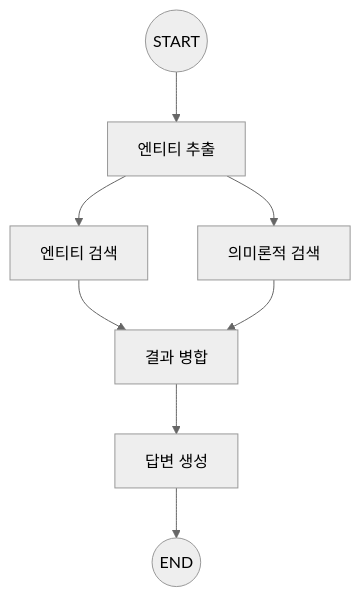
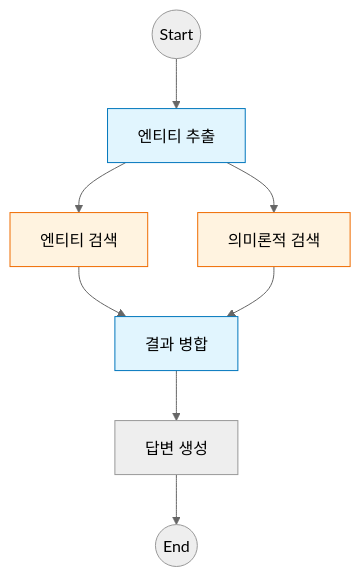
Before and after one commit to Ranponim/rag_agent: the diagram in docs/03_entity_rag.md, drawn with Mermaid (neutral theme). The commit also changed other lines of this file and 18 other files, not shown here.

````diff
--- a/docs/03_entity_rag.md
+++ b/docs/03_entity_rag.md
@@ -37,10 +18,15 @@
 ```mermaid
 graph TD
-    START((START)) --> extract[엔티티 추출]
-    extract --> entity_search[엔티티 검색]
-    extract --> semantic_search[의미론적 검색]
-    entity_search --> merge[결과 병합]
-    semantic_search --> merge
-    merge --> generate[답변 생성]
-    generate --> END((END))
+    START((Start)) --> Extract[엔티티 추출]
+    Extract --> EntitySearch[엔티티 검색]
+    Extract --> SemanticSearch[의미론적 검색]
+    EntitySearch --> Merge[결과 병합]
+    SemanticSearch --> Merge
+    Merge --> Generate[답변 생성]
+    Generate --> END((End))
+    
+    style Extract fill:#e1f5fe,stroke:#0277bd
+    style EntitySearch fill:#fff3e0,stroke:#ef6c00
+    style SemanticSearch fill:#fff3e0,stroke:#ef6c00
+    style Merge fill:#e1f5fe,stroke:#0277bd
 ```
````
